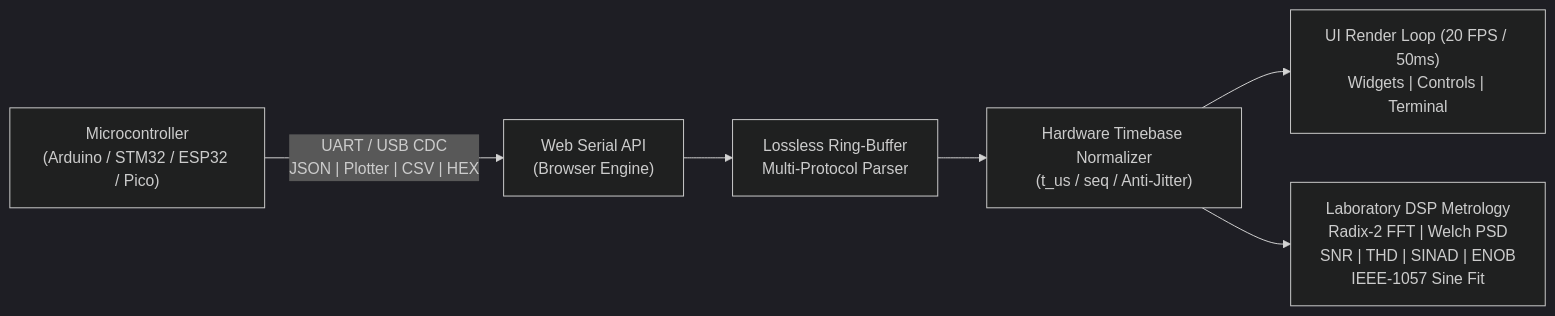
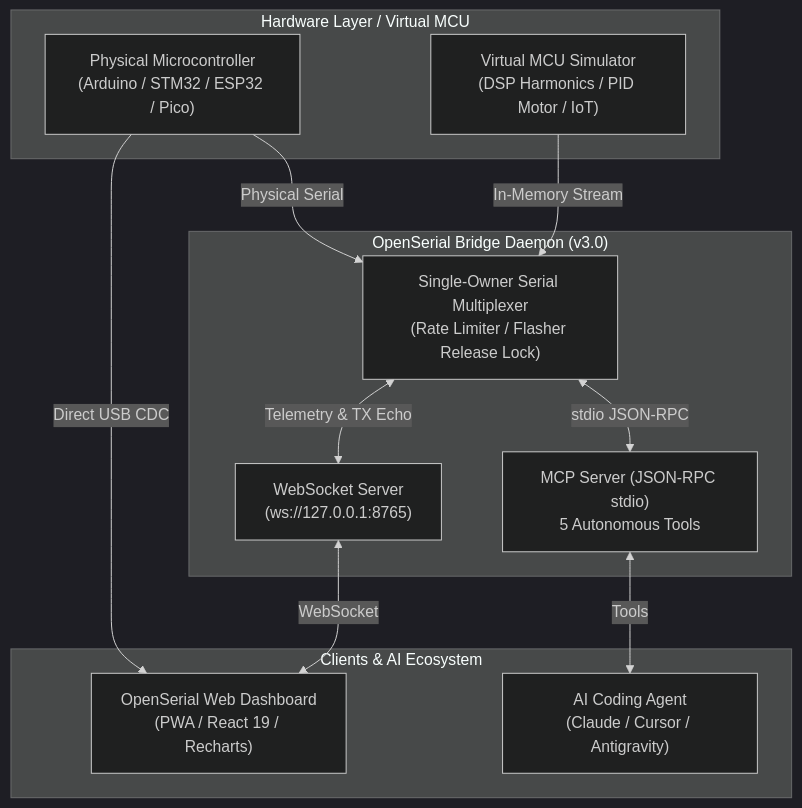
One commit to ptai-eng/OpenSerial-Studio changed the diagram in README.md. Above: the diagram before and after it, drawn with Mermaid (dark theme). The commit also changed other lines of this file and 12 other files, not shown here.

Commit message:
feat: release v3.0 hybrid bridge & mcp server

````diff
--- a/README.md
+++ b/README.md
@@ -28,8 +29,24 @@
 ```mermaid
-flowchart LR
-    MCU["Microcontroller\n(Arduino / STM32 / ESP32 / Pico)"] -->|"UART / USB CDC\nJSON | Plotter | CSV | HEX"| WebSerial["Web Serial API\n(Browser Engine)"]
-    WebSerial --> Parser["Lossless Ring-Buffer\nMulti-Protocol Parser"]
-    Parser --> Timebase["Hardware Timebase Normalizer\n(t_us / seq / Anti-Jitter)"]
-    Timebase --> Dashboard["UI Render Loop (20 FPS / 50ms)\nWidgets | Controls | Terminal"]
-    Timebase --> DSP["Laboratory DSP Metrology\nRadix-2 FFT | Welch PSD\nSNR | THD | SINAD | ENOB\nIEEE-1057 Sine Fit"]
+flowchart TD
+    subgraph Hardware ["Hardware Layer / Virtual MCU"]
+        MCU["Physical Microcontroller\n(Arduino / STM32 / ESP32 / Pico)"]
+        SIM["Virtual MCU Simulator\n(DSP Harmonics / PID Motor / IoT)"]
+    end
+
+    subgraph BridgeDaemon ["OpenSerial Bridge Daemon (v3.0)"]
+        MUX["Single-Owner Serial Multiplexer\n(Rate Limiter / Flasher Release Lock)"]
+        MCP["MCP Server (JSON-RPC stdio)\n5 Autonomous Tools"]
+        WSS["WebSocket Server\n(ws://127.0.0.1:8765)"]
+    end
+
+    subgraph ClientLayer ["Clients & AI Ecosystem"]
+        WebUI["OpenSerial Web Dashboard\n(PWA / React 19 / Recharts)"]
+        AI["AI Coding Agent\n(Claude / Cursor / Antigravity)"]
+    end
+
+    MCU -->|"Direct USB CDC"| WebUI
+    MCU -->|"Physical Serial"| MUX
+    SIM -->|"In-Memory Stream"| MUX
+    MUX <-->|"stdio JSON-RPC"| MCP <-->|"Tools"| AI
+    MUX <-->|"Telemetry & TX Echo"| WSS <-->|"WebSocket"| WebUI
 ```
````
